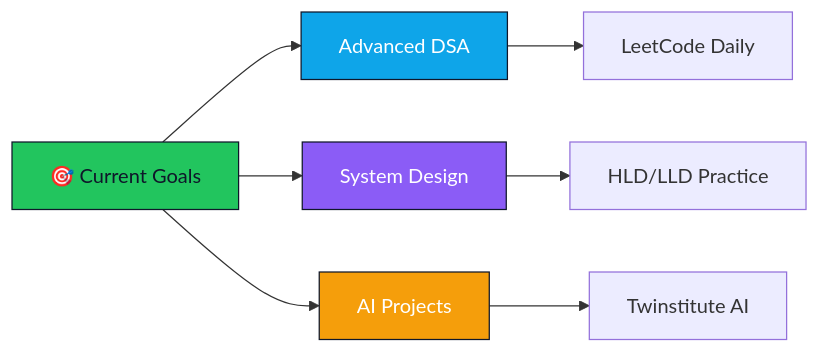
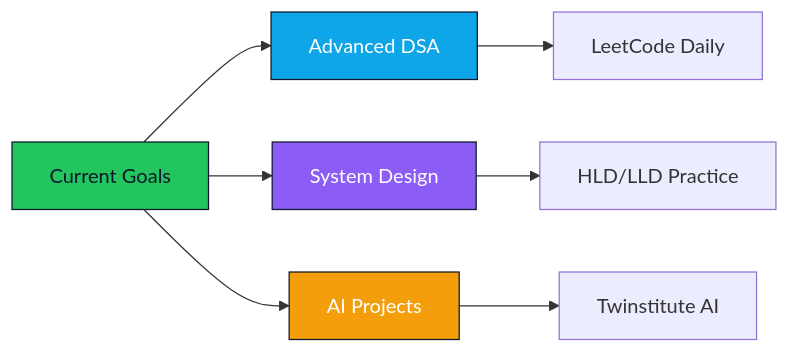
The diagram in README.md (QizarBilal/QizarBilal), drawn with Mermaid before and after one commit. The commit also changed other lines of this file, not shown here.

````diff
--- a/README.md
+++ b/README.md
@@ -1061,14 +944,14 @@
 ```mermaid
 graph LR
-    A[🎯 Current Goals] --> B[Advanced DSA]
+    A[Current Goals] --> B[Advanced DSA]
     A --> C[System Design]
     A --> D[AI Projects]
     B --> E[LeetCode Daily]
     C --> F[HLD/LLD Practice]
     D --> G[Twinstitute AI]
     
     style A fill:#22c55e,stroke:#0f172a,color:#0f172a
     style B fill:#0ea5e9,stroke:#0f172a,color:#fff
     style C fill:#8b5cf6,stroke:#0f172a,color:#fff
     style D fill:#f59e0b,stroke:#0f172a,color:#fff
 ```
````
